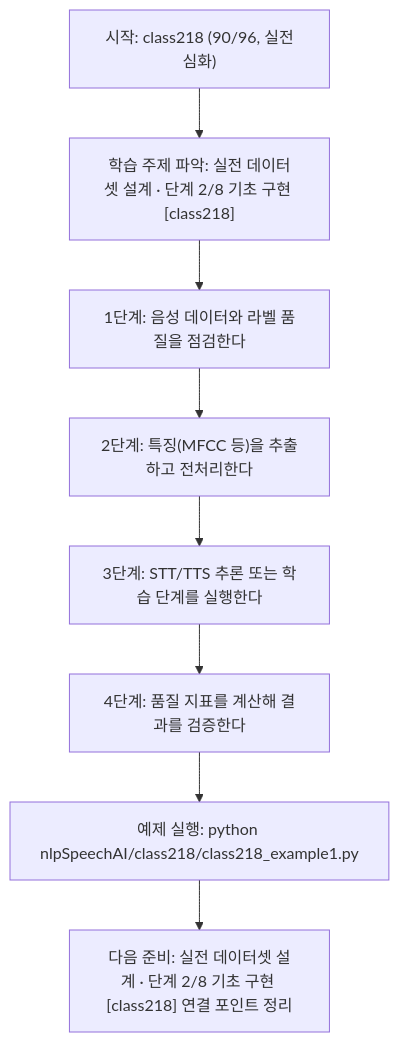
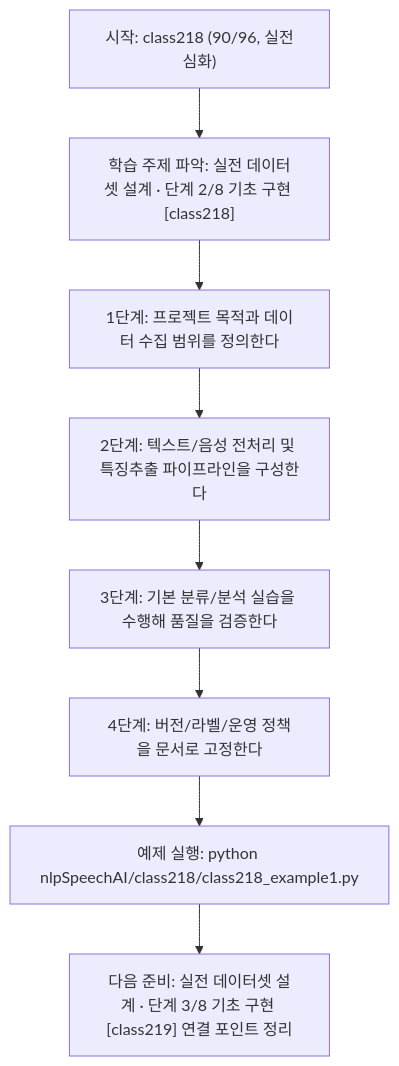
Before and after one commit to edumgt/Python-AI_Agent-Class: the diagram in nlpSpeechAI/class218/class218.md, drawn with Mermaid. The commit also changed other lines of this file and 1122 other files, not shown here.

````diff
--- a/nlpSpeechAI/class218/class218.md
+++ b/nlpSpeechAI/class218/class218.md
@@ -114,18 +95,18 @@
 ```mermaid
 flowchart TD
 N1["시작: class218 (90/96, 실전심화)"]
 N2["학습 주제 파악: 실전 데이터셋 설계 · 단계 2/8 기초 구현 [class218]"]
-N3["1단계: 음성 데이터와 라벨 품질을 점검한다"]
-N4["2단계: 특징(MFCC 등)을 추출하고 전처리한다"]
-N5["3단계: STT/TTS 추론 또는 학습 단계를 실행한다"]
-N6["4단계: 품질 지표를 계산해 결과를 검증한다"]
+N3["1단계: 프로젝트 목적과 데이터 수집 범위를 정의한다"]
+N4["2단계: 텍스트/음성 전처리 및 특징추출 파이프라인을 구성한다"]
+N5["3단계: 기본 분류/분석 실습을 수행해 품질을 검증한다"]
+N6["4단계: 버전/라벨/운영 정책을 문서로 고정한다"]
 N7["예제 실행: python nlpSpeechAI/class218/class218_example1.py"]
-N8["다음 준비: 실전 데이터셋 설계 · 단계 2/8 기초 구현 [class218] 연결 포인트 정리"]
+N8["다음 준비: 실전 데이터셋 설계 · 단계 3/8 기초 구현 [class219] 연결 포인트 정리"]
 N1 --> N2
 N2 --> N3
 N3 --> N4
 N4 --> N5
 N5 --> N6
 N6 --> N7
 N7 --> N8
 ```
````
